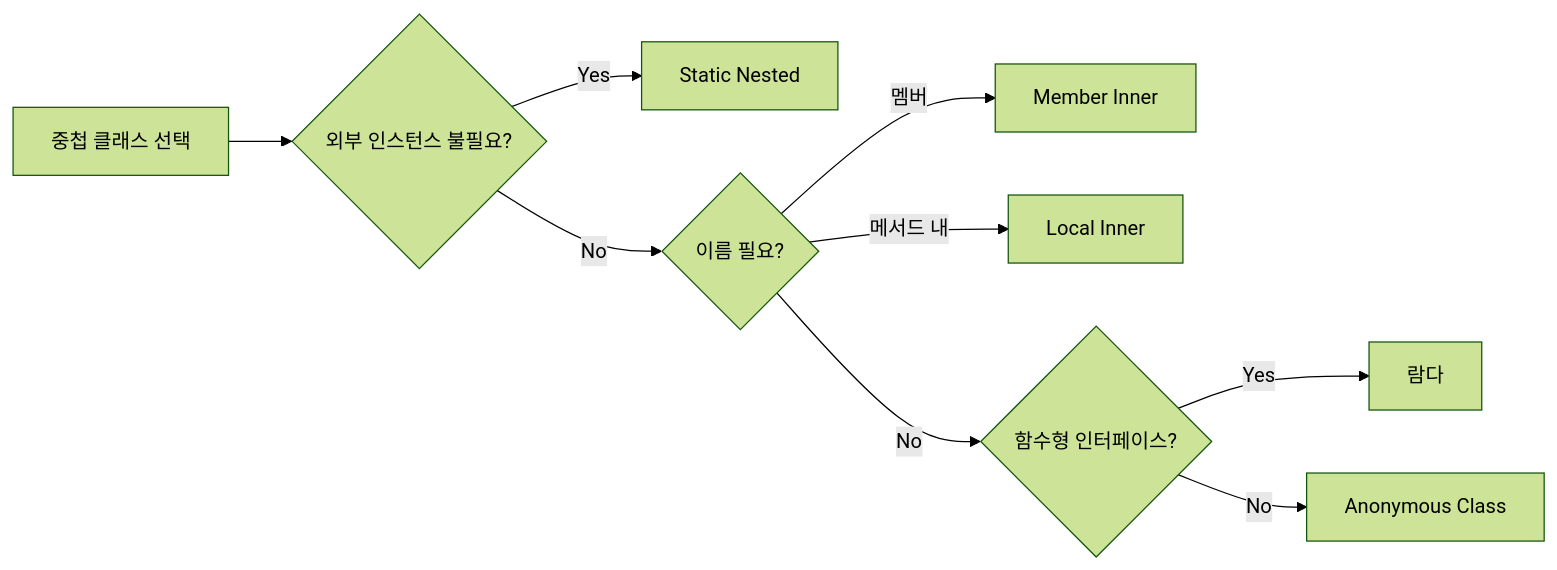
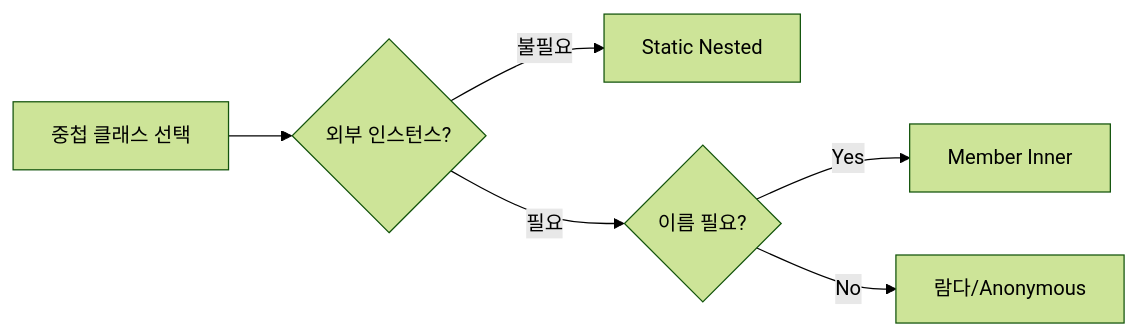
The third of 3 diagrams in _posts/java/2026-05-01-java-nested-class.md (yjkim2015/yjkim2015.github.io), drawn with Mermaid (forest theme) before and after one commit. The commit also changed other lines of this file and 163 other files, not shown here.

First line of the commit message:
Mermaid 300개 블록 내용 축소: 5노드 5엣지 이하, 의미 있는 약어

````diff
--- a/_posts/java/2026-05-01-java-nested-class.md
+++ b/_posts/java/2026-05-01-java-nested-class.md
@@ -689,11 +688,8 @@
 ```mermaid
 graph LR
-    A["중첩 클래스 선택"] --> B{"외부 인스턴스 불필요?"}
-    B -->|"Yes"| C["Static Nested"]
-    B -->|"No"| D{"이름 필요?"}
-    D -->|"멤버"| G["Member Inner"]
-    D -->|"메서드 내"| F["Local Inner"]
-    D -->|"No"| H{"함수형 인터페이스?"}
-    H -->|"Yes"| I["람다"]
-    H -->|"No"| J["Anonymous Class"]
+    A["중첩 클래스 선택"] --> B{"외부 인스턴스?"}
+    B -->|"불필요"| C["Static Nested"]
+    B -->|"필요"| D{"이름 필요?"}
+    D -->|"Yes"| G["Member Inner"]
+    D -->|"No"| I["람다/Anonymous"]
 ```
````
